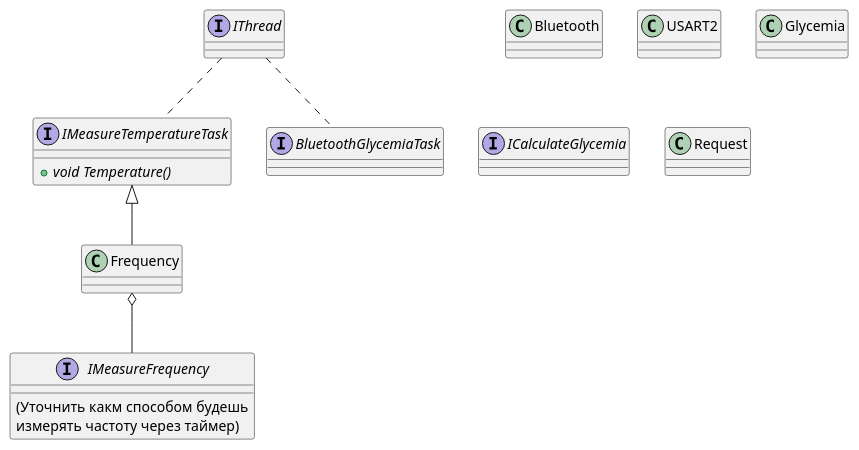
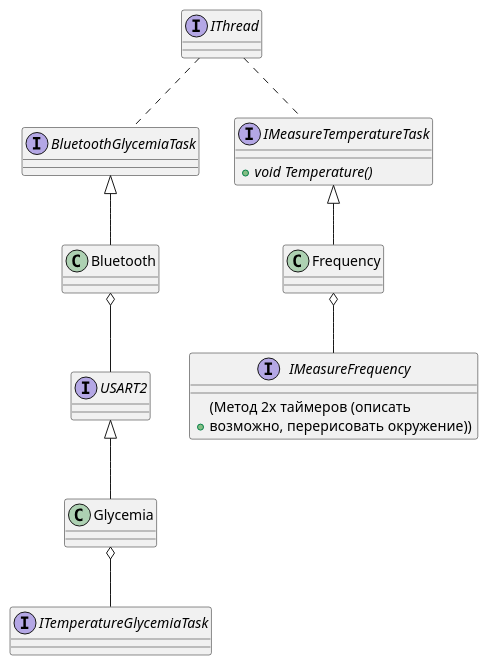
One commit to Luda-Seliv-KE-413/Kursovoy changed the diagram in DOC/Diagram.puml. Above: the diagram before and after it, drawn with PlantUML.

```diff
--- a/DOC/Diagram.puml
+++ b/DOC/Diagram.puml
@@ -1,29 +1,31 @@
 @startuml name 
 
 interface IThread
 interface IMeasureTemperatureTask
 {
     +{abstract} void Temperature()
 }
 class Frequency
 interface IMeasureFrequency
 {
-    (Уточнить какм способом будешь 
-    измерять частоту через таймер)
+    (Метод 2х таймеров (описать 
+    + возможно, перерисовать окружение))
 }
 
 IThread .. IMeasureTemperatureTask
 Frequency -up-|> IMeasureTemperatureTask
 IMeasureFrequency -up-o Frequency
 
+interface ITemperatureGlycemiaTask
+class Glycemia
 interface BluetoothGlycemiaTask
+interface USART2
 class Bluetooth
-class USART2
-class Glycemia
-interface ICalculateGlycemia
 
 IThread .. BluetoothGlycemiaTask
-
-class Request
+Bluetooth -up-|> BluetoothGlycemiaTask
+ITemperatureGlycemiaTask -up-o Glycemia
+USART2 -up-o Bluetooth
+Glycemia -up-|> USART2
 
 @enduml
```
